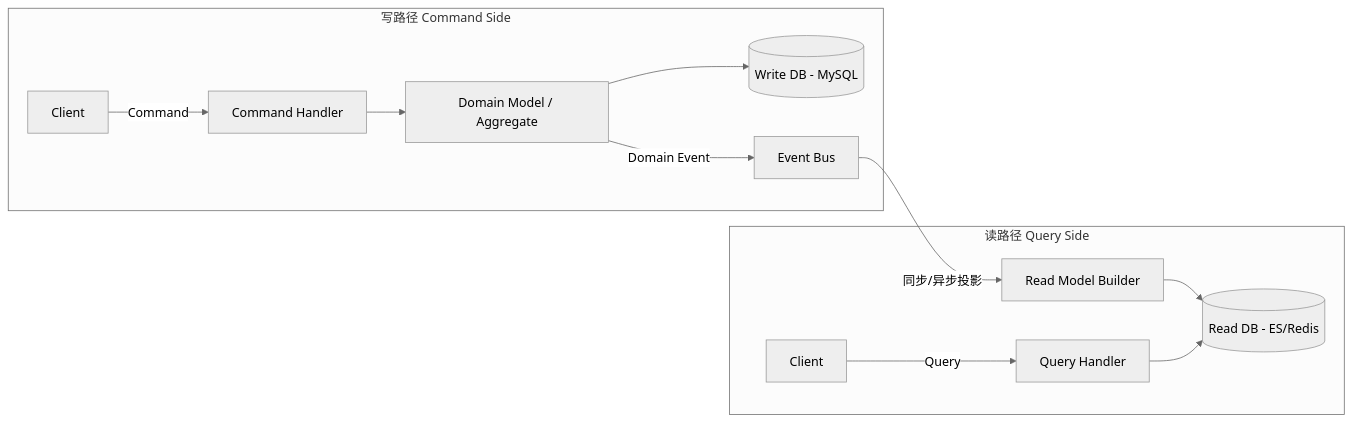
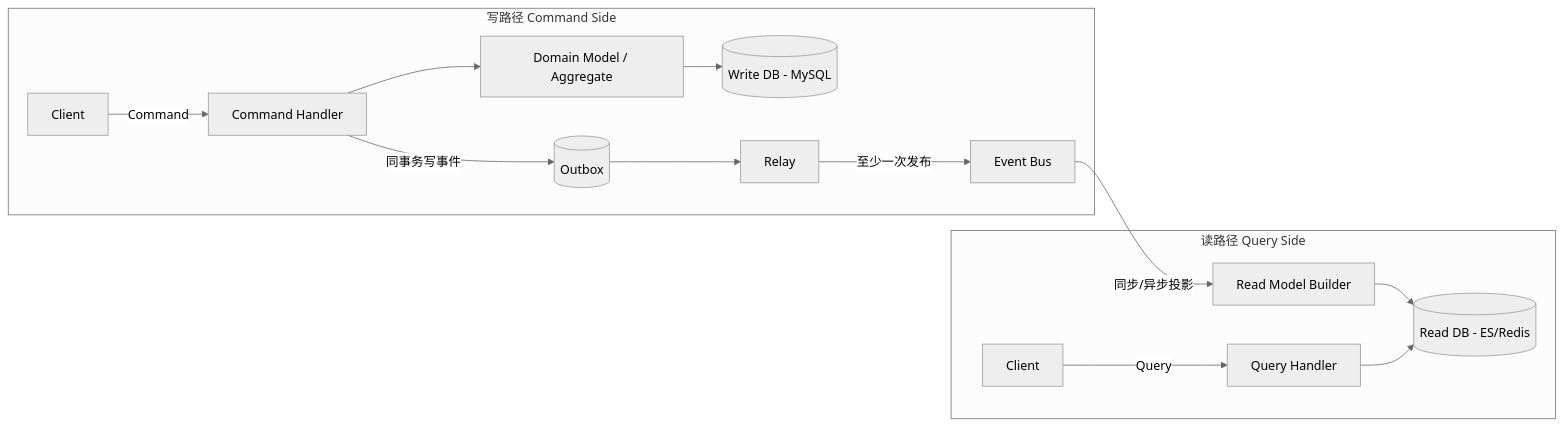
Before and after one commit to wxquare/wxquare.github.io: the fifth of 12 diagrams in source/_posts/system-design/02-clean-architecture-ddd-cqrs.md, drawn with Mermaid (neutral theme). The commit also changed other lines of this file and 5 other files, not shown here.

````diff
--- a/source/_posts/system-design/02-clean-architecture-ddd-cqrs.md
+++ b/source/_posts/system-design/02-clean-architecture-ddd-cqrs.md
@@ -1040,16 +1058,18 @@
 ```mermaid
 flowchart LR
     subgraph 写路径 Command Side
         A[Client] -->|Command| B[Command Handler]
         B --> C[Domain Model / Aggregate]
         C --> D[(Write DB - MySQL)]
-        C -->|Domain Event| E[Event Bus]
+        B -->|同事务写事件| O[(Outbox)]
+        O --> R[Relay]
+        R -->|至少一次发布| E[Event Bus]
     end
 
     subgraph 读路径 Query Side
         E -->|同步/异步投影| F[Read Model Builder]
         F --> G[(Read DB - ES/Redis)]
         H[Client] -->|Query| I[Query Handler]
         I --> G
     end
 ```
````
